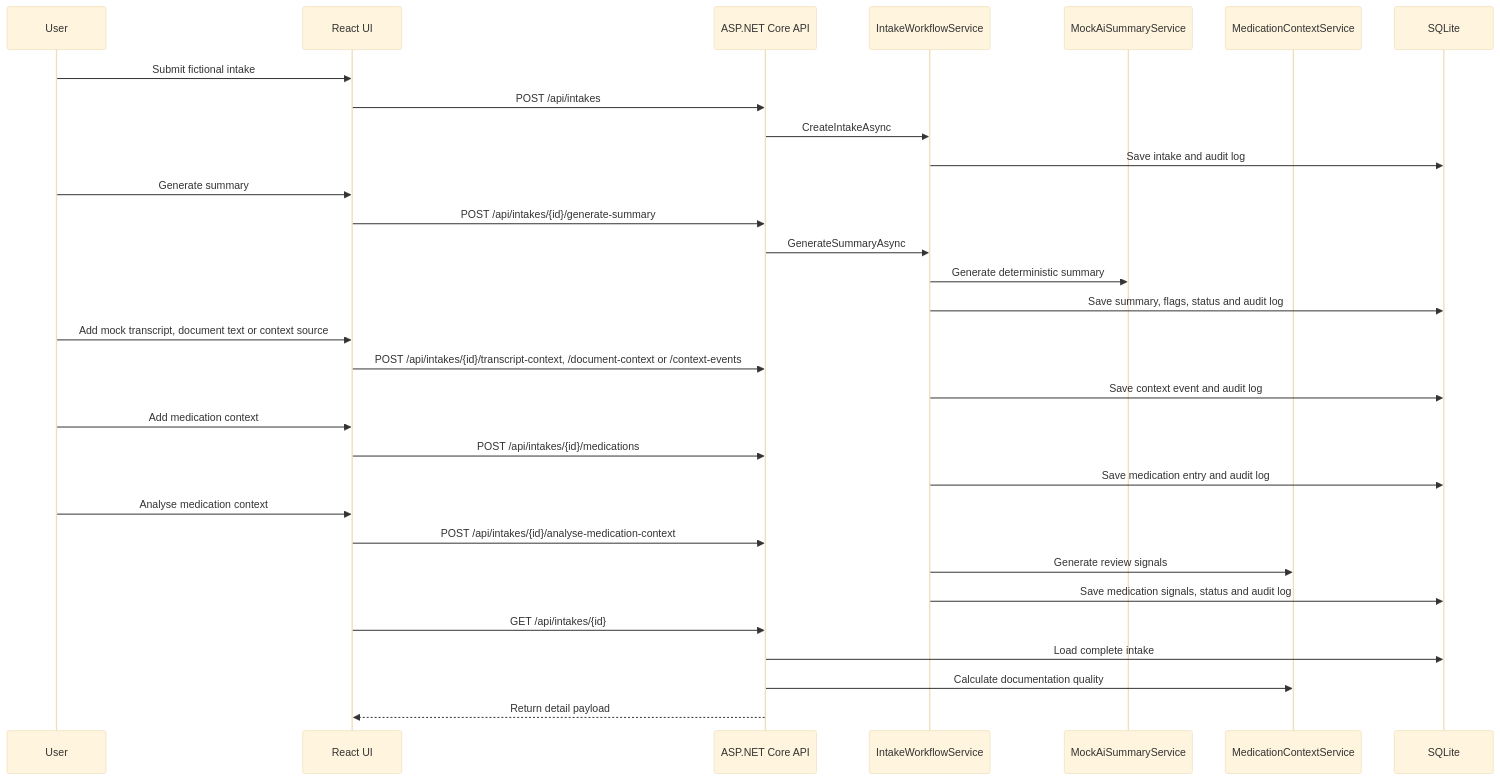
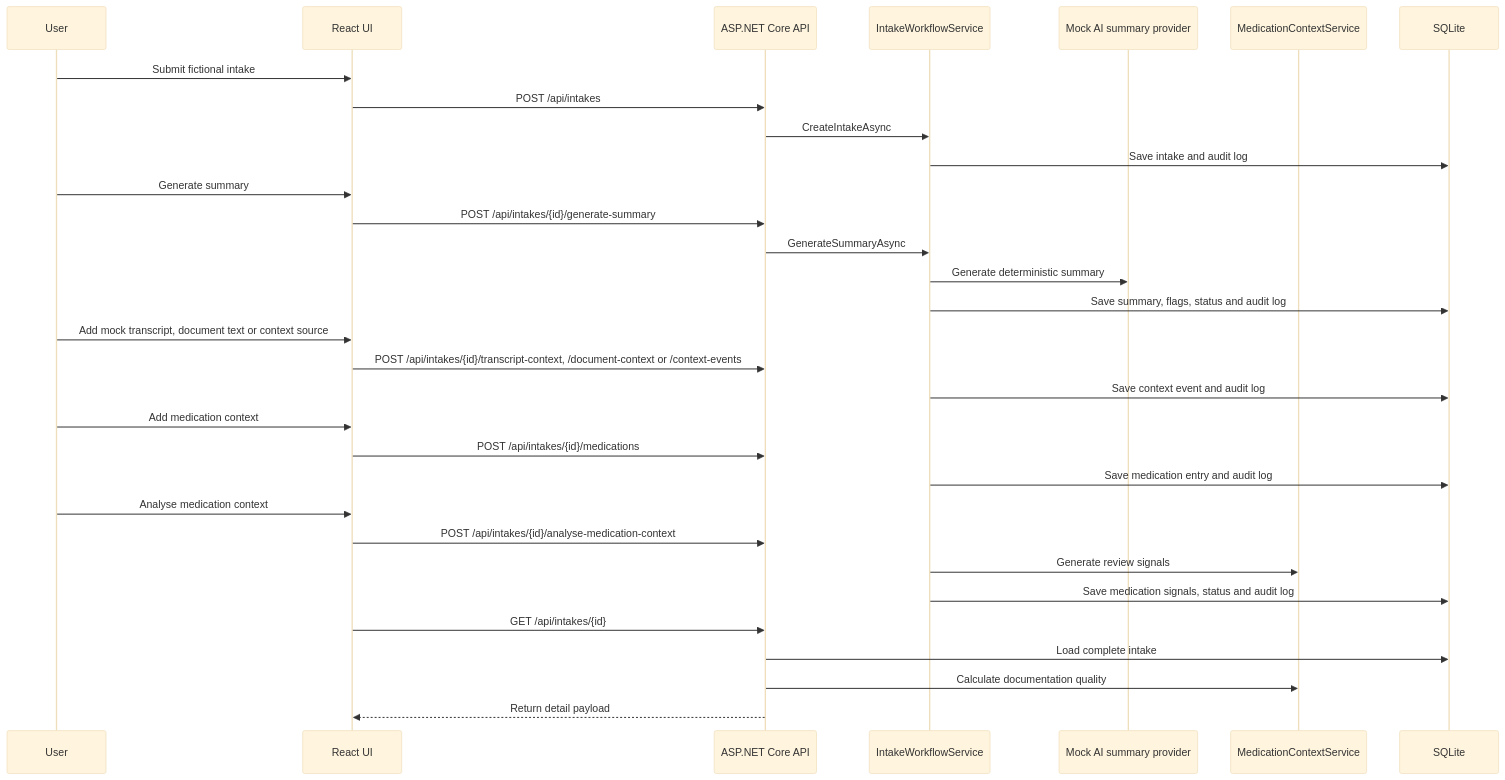
The diagram in docs/architecture.md (Pharmacist65/clinical-intake-ai-workflow), drawn with Mermaid (base theme) before and after one commit. The commit also changed other lines of this file and 13 other files, not shown here.

Commit message:
Add mock-first AI provider boundary

````diff
--- a/docs/architecture.md
+++ b/docs/architecture.md
@@ -126,34 +141,34 @@
 ```mermaid
 sequenceDiagram
     participant User
     participant UI as React UI
     participant API as ASP.NET Core API
     participant Workflow as IntakeWorkflowService
-    participant AI as MockAiSummaryService
+    participant AI as Mock AI summary provider
     participant Pharmacy as MedicationContextService
     participant DB as SQLite
 
     User->>UI: Submit fictional intake
     UI->>API: POST /api/intakes
     API->>Workflow: CreateIntakeAsync
     Workflow->>DB: Save intake and audit log
     User->>UI: Generate summary
     UI->>API: POST /api/intakes/{id}/generate-summary
     API->>Workflow: GenerateSummaryAsync
     Workflow->>AI: Generate deterministic summary
     Workflow->>DB: Save summary, flags, status and audit log
     User->>UI: Add mock transcript, document text or context source
     UI->>API: POST /api/intakes/{id}/transcript-context, /document-context or /context-events
     Workflow->>DB: Save context event and audit log
     User->>UI: Add medication context
     UI->>API: POST /api/intakes/{id}/medications
     Workflow->>DB: Save medication entry and audit log
     User->>UI: Analyse medication context
     UI->>API: POST /api/intakes/{id}/analyse-medication-context
     Workflow->>Pharmacy: Generate review signals
     Workflow->>DB: Save medication signals, status and audit log
     UI->>API: GET /api/intakes/{id}
     API->>DB: Load complete intake
     API->>Pharmacy: Calculate documentation quality
     API-->>UI: Return detail payload
 ```
````
